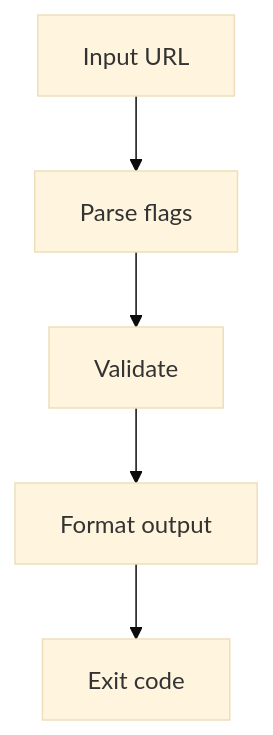
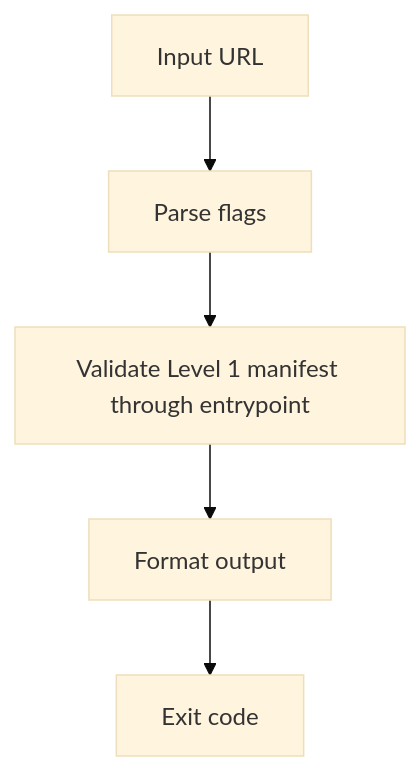
Before and after one commit to jordachmakaya/index-ai-validator: the diagram in docs/guide/getting-started.md, drawn with Mermaid (base theme). The commit also changed other lines of this file and 14 other files, not shown here.

Commit message:
feat: add level 1 manifest validation

````diff
--- a/docs/guide/getting-started.md
+++ b/docs/guide/getting-started.md
@@ -68,7 +89,7 @@
 ```mermaid
 flowchart TD
   A[Input URL] --> B[Parse flags]
-  B --> C[Validate]
+  B --> C[Validate Level 1 manifest through entrypoint]
   C --> D[Format output]
   D --> E[Exit code]
 ```
````
